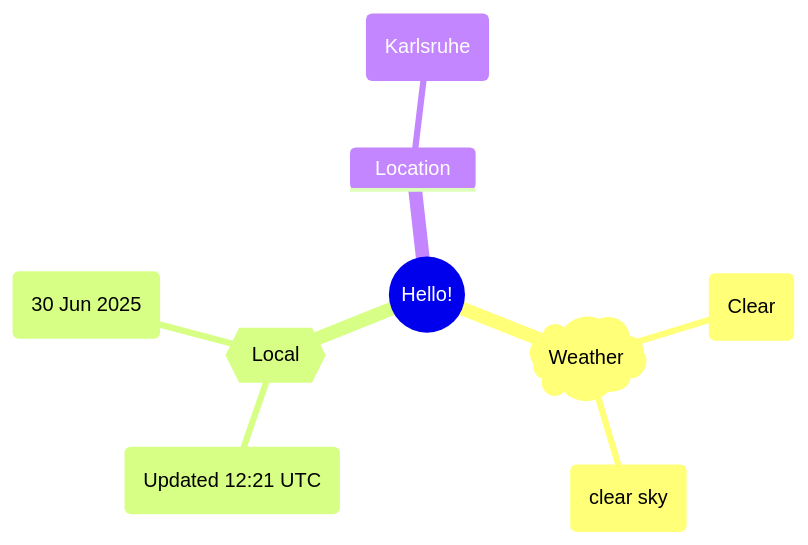
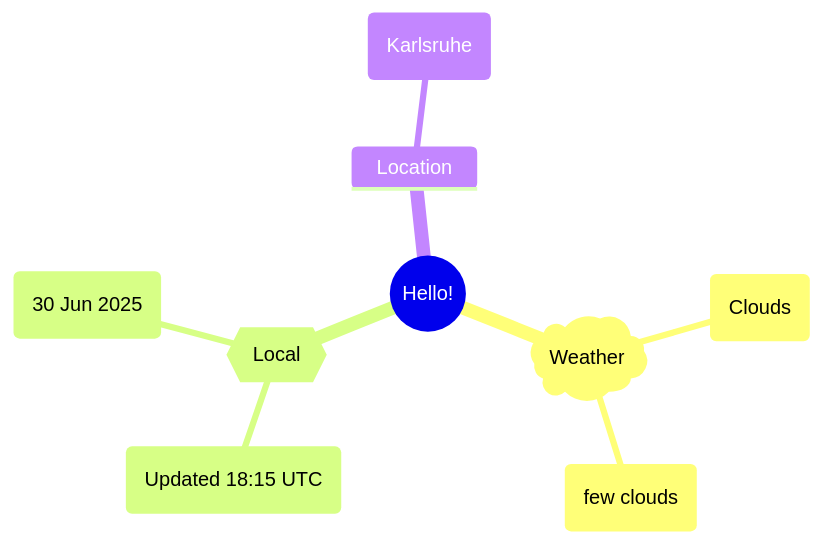
The first of 2 diagrams in README.md (Xosrov/Xosrov), drawn with Mermaid before and after one commit.

Commit message:
[bot] updated images

````diff
--- a/README.md
+++ b/README.md
@@ -3,12 +3,12 @@
 ```mermaid
 mindmap
   root((Hello!))
     )Weather(
-        (Clear)
-        (clear sky)
+        (Clouds)
+        (few clouds)
     {{Local}}
-        (Updated 12:21 UTC)
+        (Updated 18:15 UTC)
         (30 Jun 2025)
     Location
         (Karlsruhe)
 ```
````
